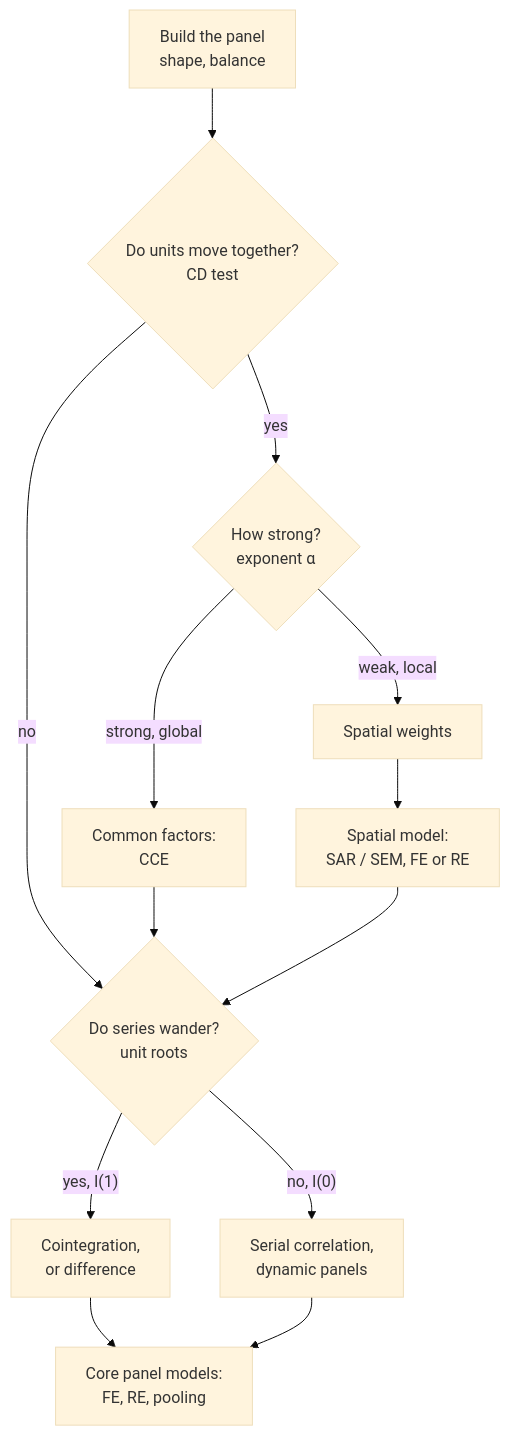
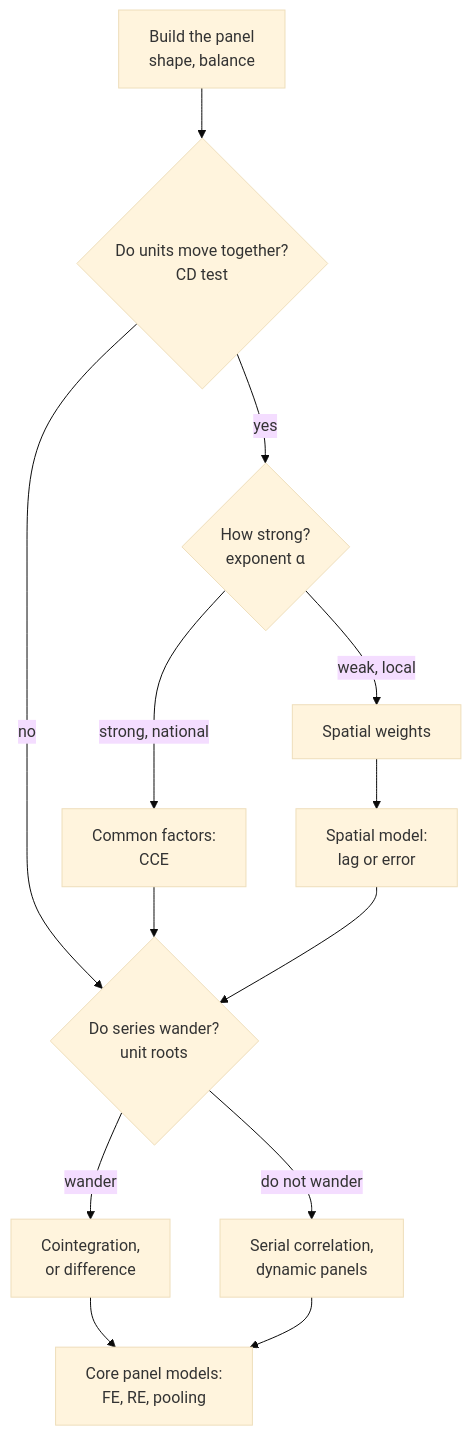
Before and after one commit to EBukin/metrics-masters: the diagram in chapters/00-road-map/index.qmd, drawn with Mermaid (base theme). The commit also changed other lines of this file, not shown here.

First line of the commit message:
Say the road map diagram in plain words

````diff
--- a/chapters/00-road-map/index.qmd
+++ b/chapters/00-road-map/index.qmd
@@ -69,15 +70,16 @@
 ```{mermaid}
 flowchart TD
-  P["Build the panel<br/>shape, balance"] --> CD{"Do units move together?<br/>CD test"}
+  P["Build the panel<br/>shape, balance"]
+  P --> CD{"Do units move together?<br/>CD test"}
   CD -->|"no"| UR{"Do series wander?<br/>unit roots"}
   CD -->|"yes"| A{"How strong?<br/>exponent α"}
-  A -->|"strong, global"| CF["Common factors:<br/>CCE"]
+  A -->|"strong, national"| CF["Common factors:<br/>CCE"]
   A -->|"weak, local"| W["Spatial weights"]
-  W --> SM["Spatial model:<br/>SAR / SEM, FE or RE"]
+  W --> SM["Spatial model:<br/>lag or error"]
   CF --> UR
   SM --> UR
-  UR -->|"yes, I(1)"| CO["Cointegration,<br/>or difference"]
-  UR -->|"no, I(0)"| SC["Serial correlation,<br/>dynamic panels"]
+  UR -->|"wander"| CO["Cointegration,<br/>or difference"]
+  UR -->|"do not wander"| SC["Serial correlation,<br/>dynamic panels"]
   CO --> CORE["Core panel models:<br/>FE, RE, pooling"]
   SC --> CORE
 ```
````
